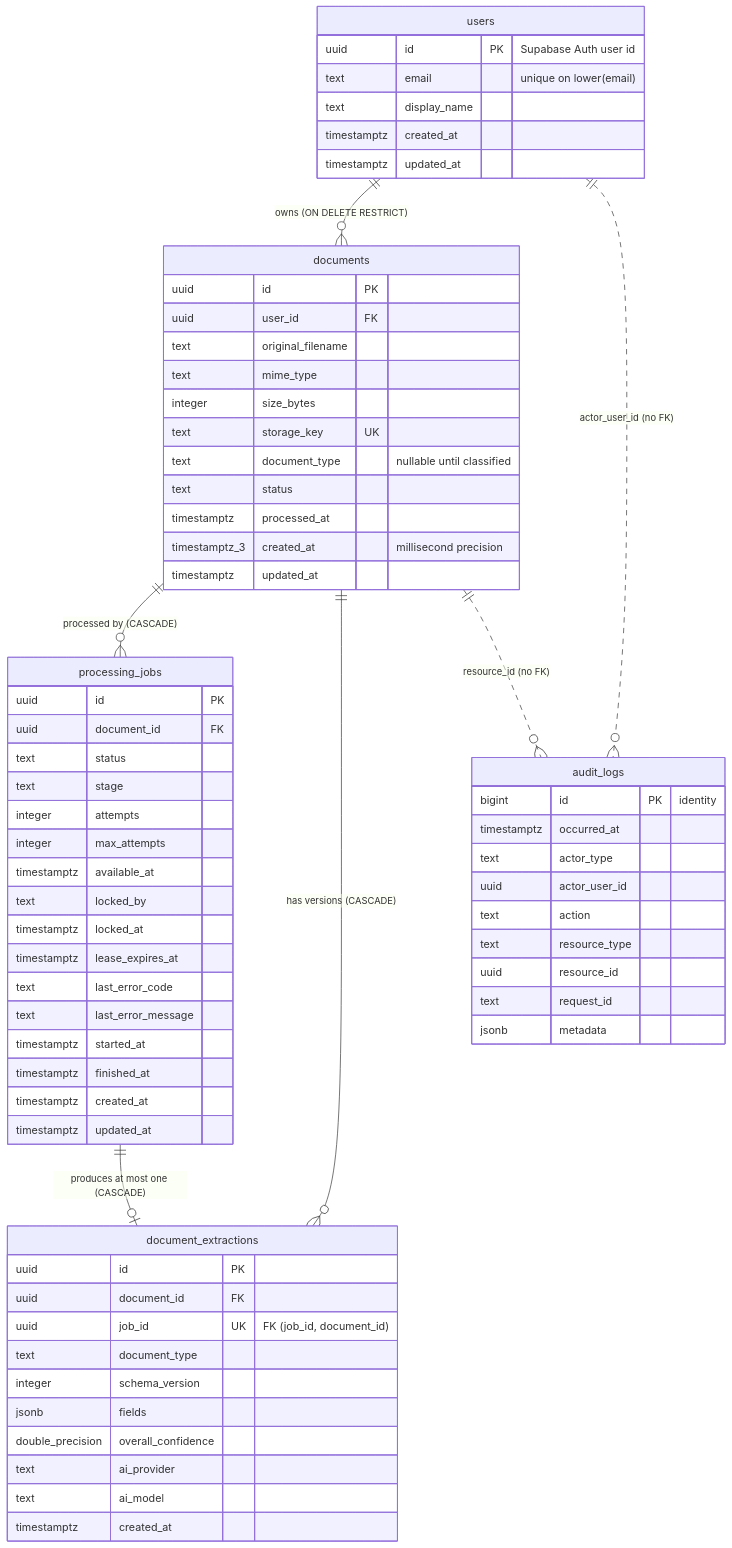
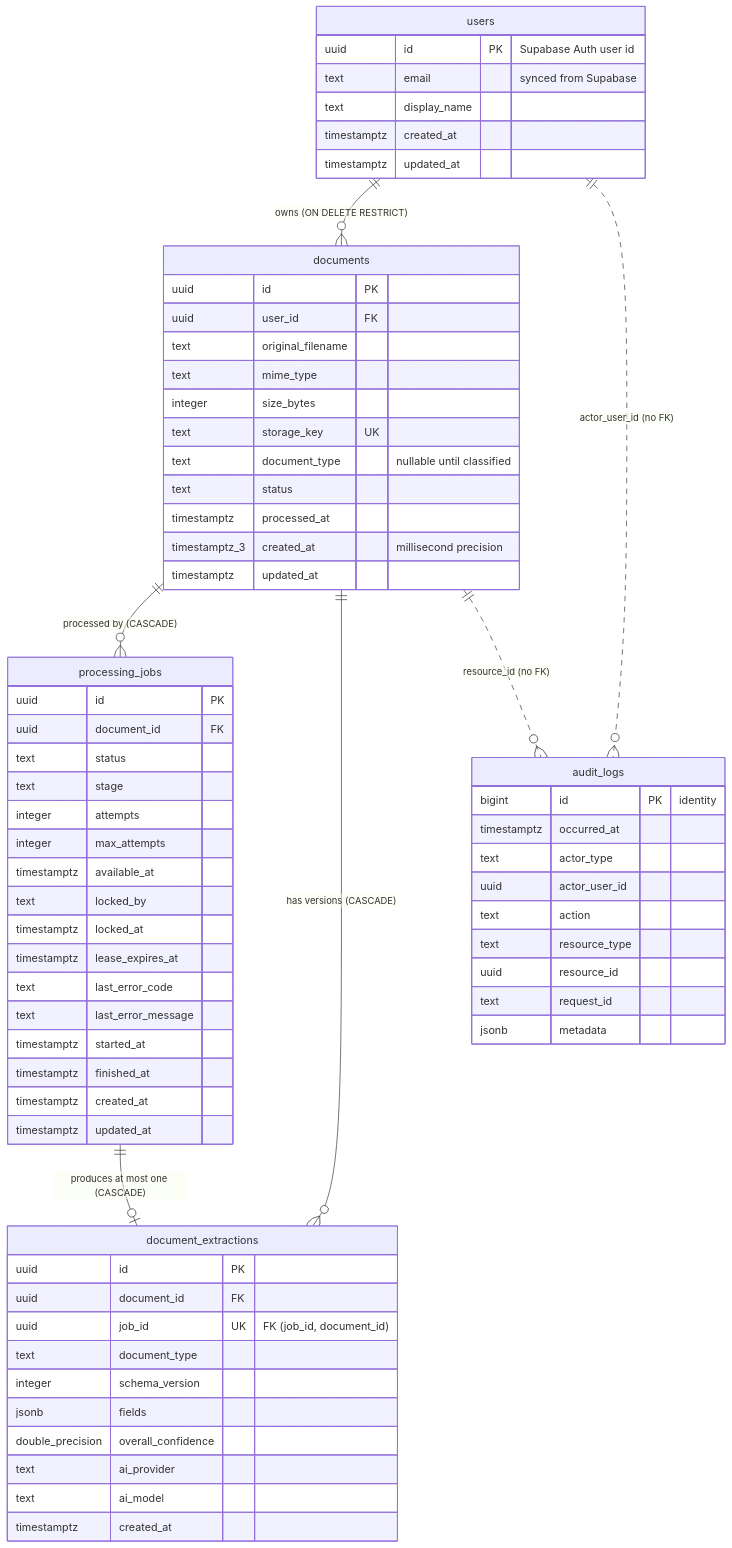
Before and after one commit to ChetanRawat07/DocuMind: the diagram in docs/database/schema.md, drawn with Mermaid. The commit also changed other lines of this file and 6 other files, not shown here.

````diff
--- a/docs/database/schema.md
+++ b/docs/database/schema.md
@@ -12,71 +12,71 @@
 ```mermaid
 erDiagram
     users ||--o{ documents : "owns (ON DELETE RESTRICT)"
     documents ||--o{ processing_jobs : "processed by (CASCADE)"
     documents ||--o{ document_extractions : "has versions (CASCADE)"
     processing_jobs ||--o| document_extractions : "produces at most one (CASCADE)"
     users ||..o{ audit_logs : "actor_user_id (no FK)"
     documents ||..o{ audit_logs : "resource_id (no FK)"
 
     users {
         uuid id PK "Supabase Auth user id"
-        text email "unique on lower(email)"
+        text email "synced from Supabase"
         text display_name
         timestamptz created_at
         timestamptz updated_at
     }
     documents {
         uuid id PK
         uuid user_id FK
         text original_filename
         text mime_type
         integer size_bytes
         text storage_key UK
         text document_type "nullable until classified"
         text status
         timestamptz processed_at
         timestamptz_3 created_at "millisecond precision"
         timestamptz updated_at
     }
     processing_jobs {
         uuid id PK
         uuid document_id FK
         text status
         text stage
         integer attempts
         integer max_attempts
         timestamptz available_at
         text locked_by
         timestamptz locked_at
         timestamptz lease_expires_at
         text last_error_code
         text last_error_message
         timestamptz started_at
         timestamptz finished_at
         timestamptz created_at
         timestamptz updated_at
     }
     document_extractions {
         uuid id PK
         uuid document_id FK
         uuid job_id UK "FK (job_id, document_id)"
         text document_type
         integer schema_version
         jsonb fields
         double_precision overall_confidence
         text ai_provider
         text ai_model
         timestamptz created_at
     }
     audit_logs {
         bigint id PK "identity"
         timestamptz occurred_at
         text actor_type
         uuid actor_user_id
         text action
         text resource_type
         uuid resource_id
         text request_id
         jsonb metadata
     }
 ```
````
